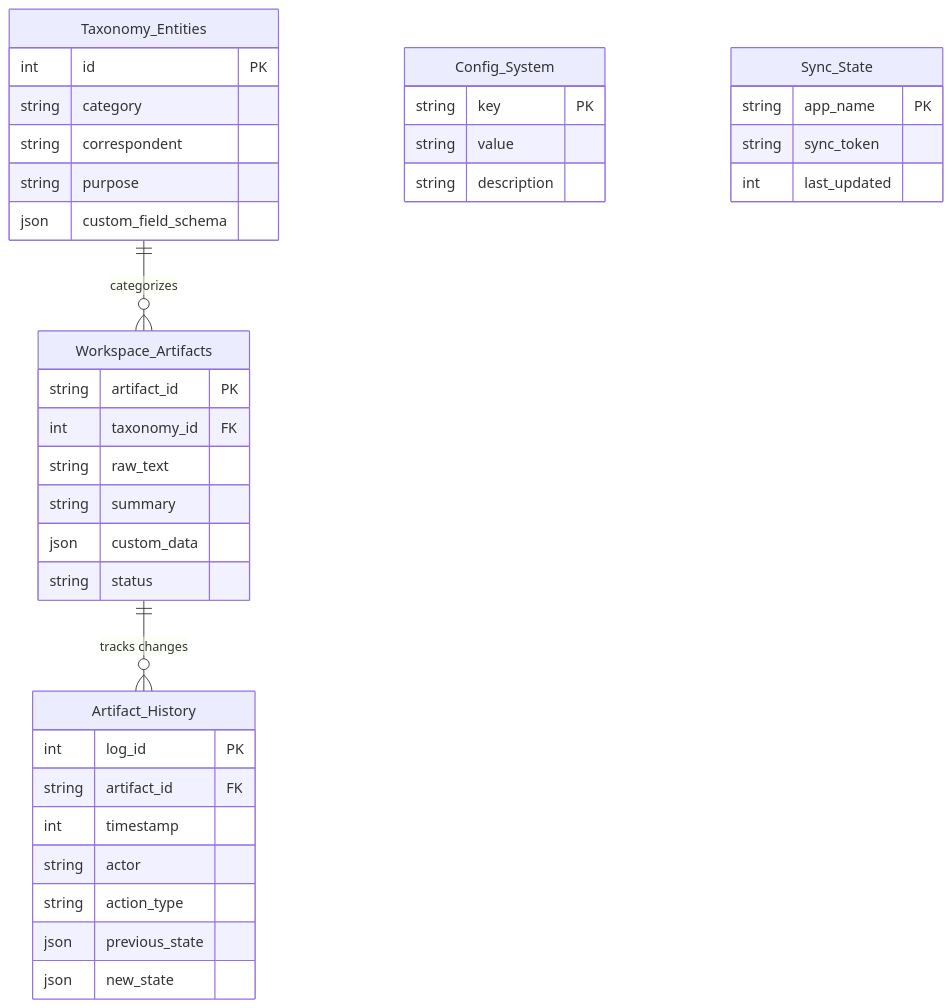
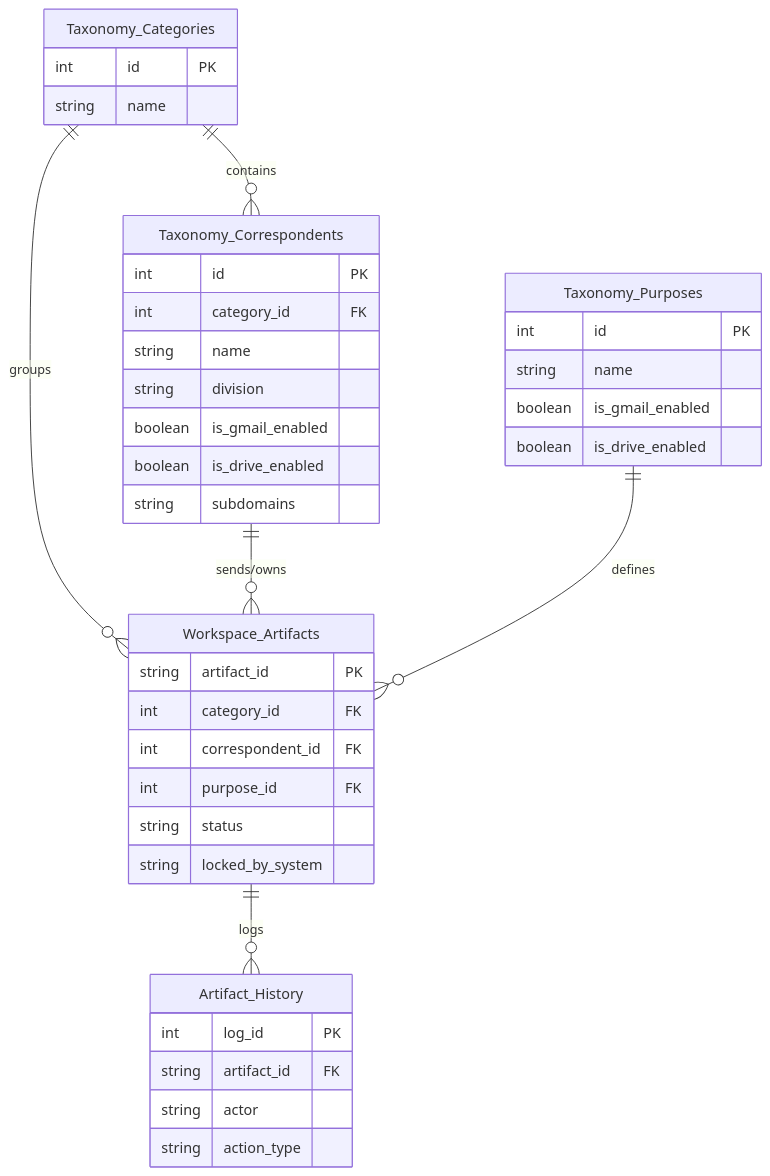
Before and after one commit to FrankXLT/Nexus-Hub-for-Google: the fourth of 5 diagrams in documentation/ARCHITECTURE.md, drawn with Mermaid. The commit also changed other lines of this file and 3 other files, not shown here.

Commit message:
feat: Update documentation with new architecture diagrams and clarify telemetry matrix section

````diff
--- a/documentation/ARCHITECTURE.md
+++ b/documentation/ARCHITECTURE.md
@@ -211,44 +287,46 @@
 ```mermaid
 erDiagram
-    Taxonomy_Entities ||--o{ Workspace_Artifacts : "categorizes"
-    Workspace_Artifacts ||--o{ Artifact_History : "tracks changes"
+    Taxonomy_Categories ||--o{ Taxonomy_Correspondents : "contains"
+    Taxonomy_Categories ||--o{ Workspace_Artifacts : "groups"
+    Taxonomy_Correspondents ||--o{ Workspace_Artifacts : "sends/owns"
+    Taxonomy_Purposes ||--o{ Workspace_Artifacts : "defines"
+    Workspace_Artifacts ||--o{ Artifact_History : "logs"
 
-    Config_System {
-        string key PK
-        string value
-        string description
+    Taxonomy_Categories {
+        int id PK
+        string name
     }
 
-    Sync_State {
-        string app_name PK
-        string sync_token
-        int last_updated
+    Taxonomy_Correspondents {
+        int id PK
+        int category_id FK
+        string name
+        string division
+        boolean is_gmail_enabled
+        boolean is_drive_enabled
+        string subdomains
     }
 
-    Taxonomy_Entities {
+    Taxonomy_Purposes {
         int id PK
-        string category
-        string correspondent
-        string purpose
-        json custom_field_schema
+        string name
+        boolean is_gmail_enabled
+        boolean is_drive_enabled
     }
 
     Workspace_Artifacts {
         string artifact_id PK
-        int taxonomy_id FK
-        string raw_text
-        string summary
-        json custom_data
+        int category_id FK
+        int correspondent_id FK
+        int purpose_id FK
         string status
+        string locked_by_system
     }
 
     Artifact_History {
         int log_id PK
         string artifact_id FK
-        int timestamp
         string actor
         string action_type
-        json previous_state
-        json new_state
     }
 ```
````
